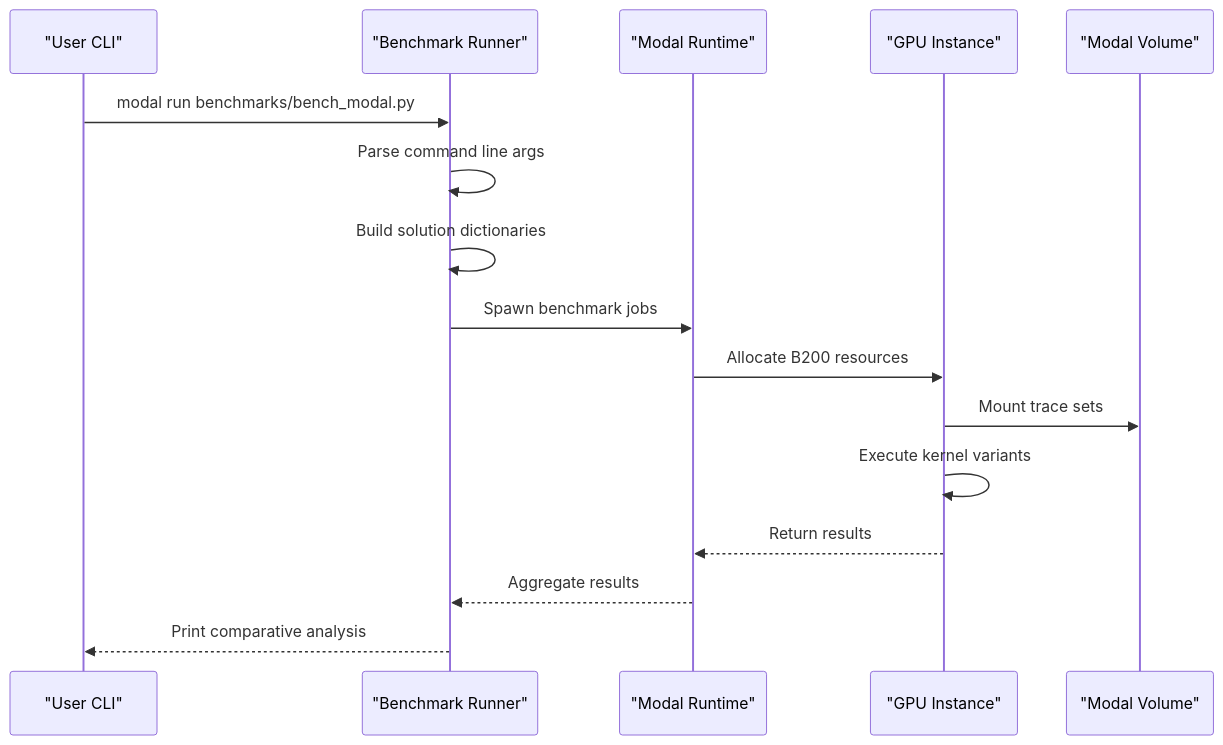
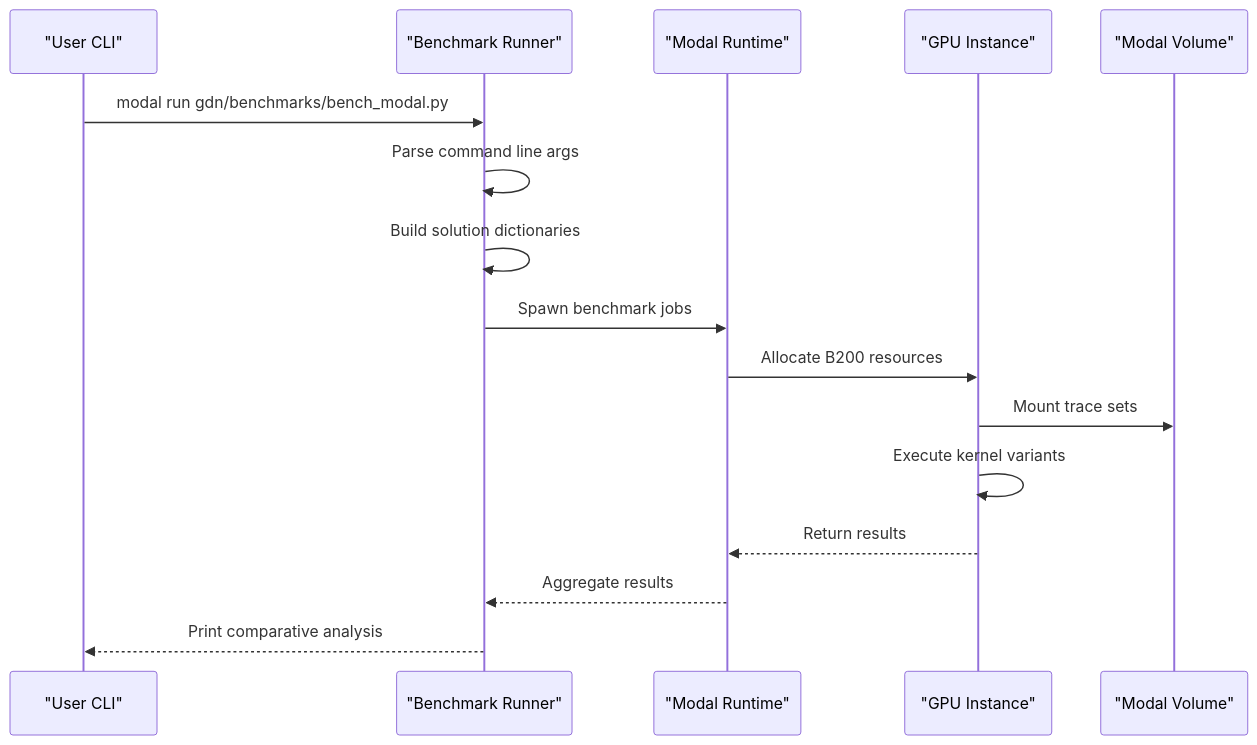
Before and after one commit to gugudeshubao/flashinfer-bench-tma-thrust: the third of 8 diagrams in .qoder/repowiki/en/content/Benchmarking Framework/Enhanced Benchmarking Framework.md, drawn with Mermaid. The commit also changed other lines of this file and 19 other files, not shown here.

````diff
--- a/.qoder/repowiki/en/content/Benchmarking Framework/Enhanced Benchmarking Framework.md
+++ b/.qoder/repowiki/en/content/Benchmarking Framework/Enhanced Benchmarking Framework.md
@@ -207,18 +215,18 @@
 ```mermaid
 sequenceDiagram
 participant User as "User CLI"
 participant Runner as "Benchmark Runner"
 participant Modal as "Modal Runtime"
 participant GPU as "GPU Instance"
 participant Volume as "Modal Volume"
-User->>Runner : modal run benchmarks/bench_modal.py
+User->>Runner : modal run gdn/benchmarks/bench_modal.py
 Runner->>Runner : Parse command line args
 Runner->>Runner : Build solution dictionaries
 Runner->>Modal : Spawn benchmark jobs
 Modal->>GPU : Allocate B200 resources
 GPU->>Volume : Mount trace sets
 GPU->>GPU : Execute kernel variants
 GPU-->>Modal : Return results
 Modal-->>Runner : Aggregate results
 Runner-->>User : Print comparative analysis
 ```
````
